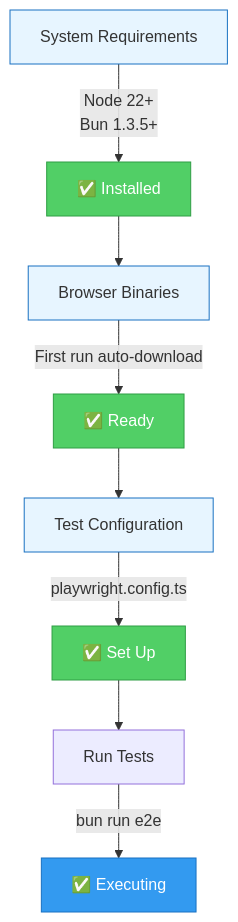
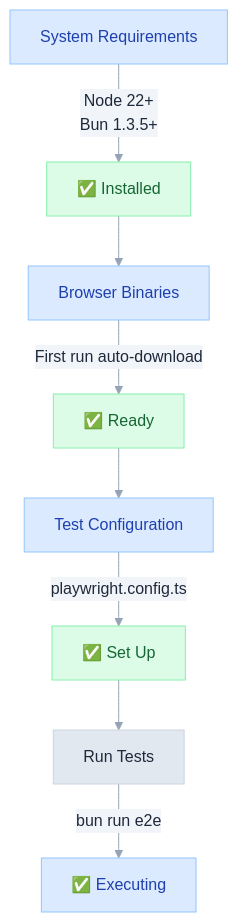
One commit to 3DHDSoft/devmultiplier-academy changed the diagram in doc/PLAYWRIGHT_SETUP.md. Above: the diagram before and after it, drawn with Mermaid. The commit also changed 19 other files, not shown here.

````diff
--- a/doc/PLAYWRIGHT_SETUP.md
+++ b/doc/PLAYWRIGHT_SETUP.md
@@ -5,18 +5,28 @@
 ```mermaid
-graph TB
+%%{init: {'theme': 'base', 'themeVariables': {
+  'primaryColor': '#e2e8f0',
+  'primaryTextColor': '#1e293b',
+  'primaryBorderColor': '#cbd5e1',
+  'lineColor': '#94a3b8',
+  'secondaryColor': '#f1f5f9',
+  'tertiaryColor': '#f8fafc',
+  'background': '#ffffff',
+  'textColor': '#334155',
+  'fontFamily': 'system-ui, -apple-system, sans-serif'
+}}}%%graph TB
     A["System Requirements"] -->|Node 22+<br/>Bun 1.3.5+| B["✅ Installed"]
     B --> C["Browser Binaries"]
     C -->|First run auto-download| D["✅ Ready"]
     D --> E["Test Configuration"]
     E -->|playwright.config.ts| F["✅ Set Up"]
     F --> G["Run Tests"]
     G -->|bun run e2e| H["✅ Executing"]
 
-    style A fill:#e7f5ff,stroke:#1971c2
-    style B fill:#51cf66,stroke:#2f9e44,color:#fff
-    style C fill:#e7f5ff,stroke:#1971c2
-    style D fill:#51cf66,stroke:#2f9e44,color:#fff
-    style E fill:#e7f5ff,stroke:#1971c2
-    style F fill:#51cf66,stroke:#2f9e44,color:#fff
-    style H fill:#339af0,stroke:#1971c2,color:#fff
+    style A fill:#dbeafe,stroke:#93c5fd,color:#1e40af
+    style B fill:#dcfce7,stroke:#86efac,color:#166534
+    style C fill:#dbeafe,stroke:#93c5fd,color:#1e40af
+    style D fill:#dcfce7,stroke:#86efac,color:#166534
+    style E fill:#dbeafe,stroke:#93c5fd,color:#1e40af
+    style F fill:#dcfce7,stroke:#86efac,color:#166534
+    style H fill:#dbeafe,stroke:#93c5fd,color:#1e40af
 ```
````
